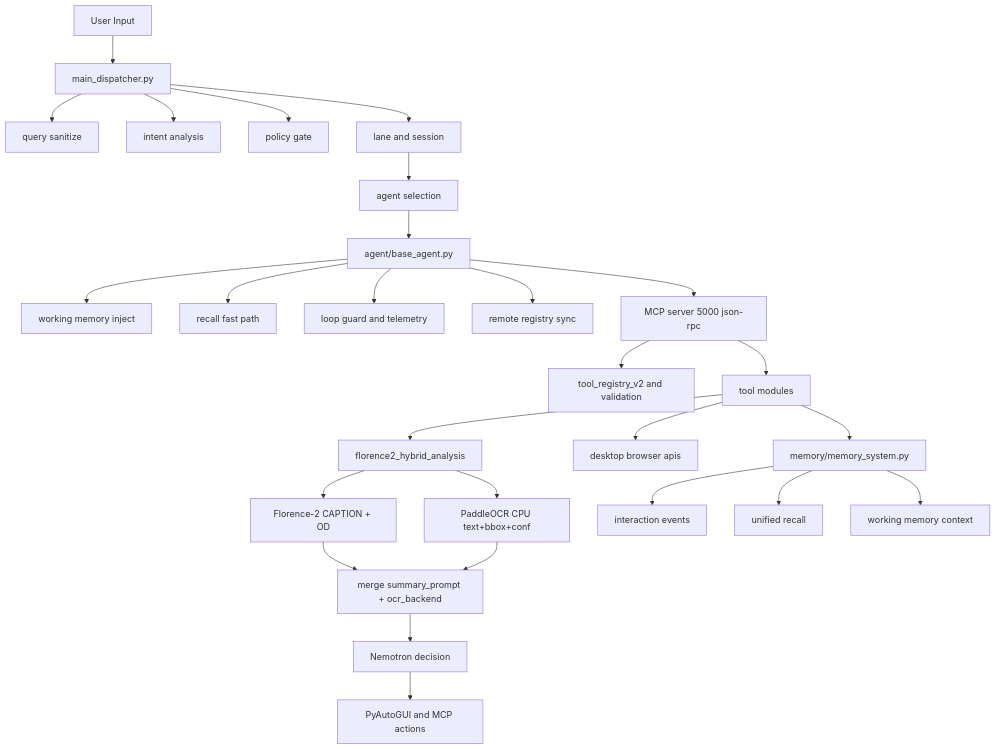
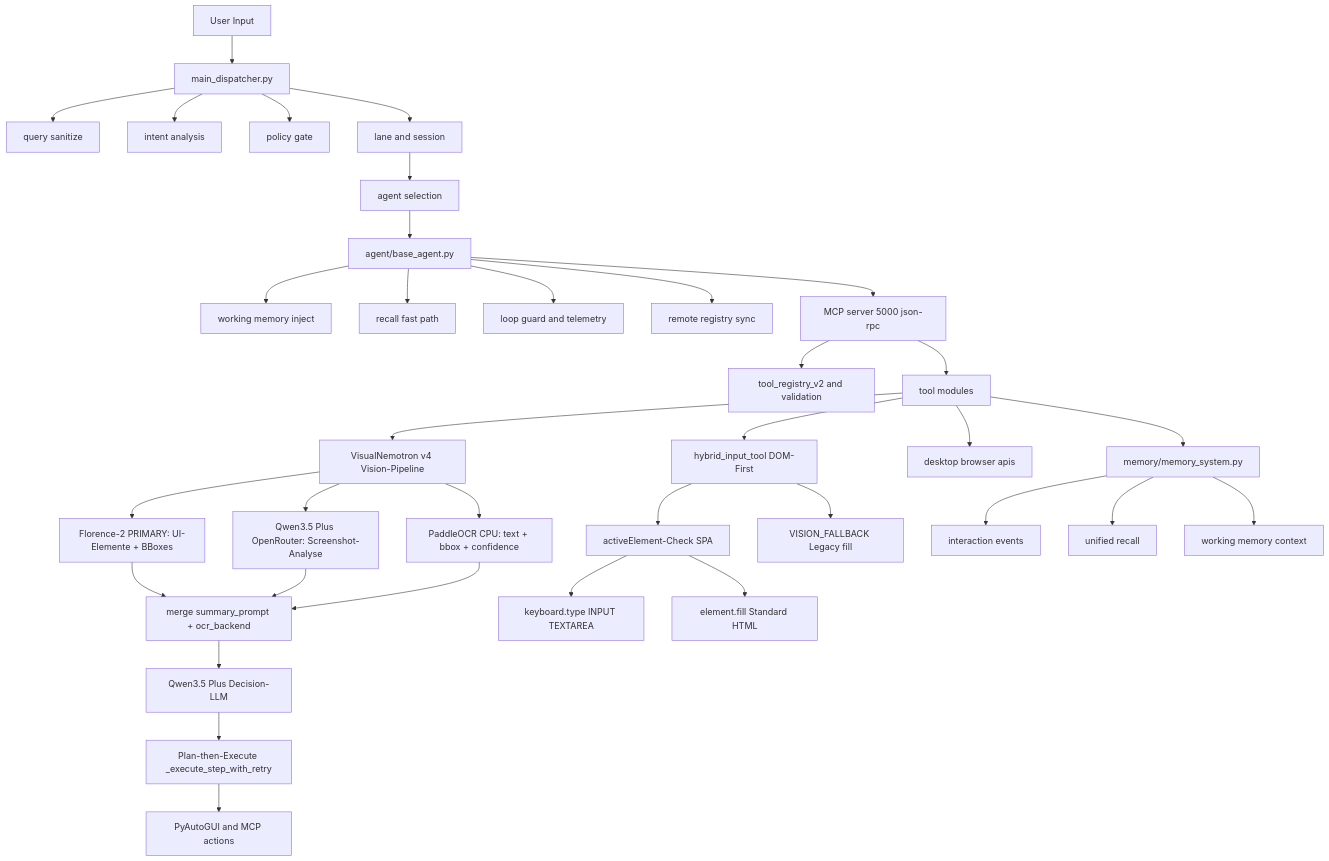
One commit to fatihaltiok/Agentus-Timus changed the diagram in README.md. Above: the diagram before and after it, drawn with Mermaid. The commit also changed other lines of this file, not shown here.

Commit message:
docs(readme): Architektur-Diagramme + hybrid_input_tool aktualisiert
ASCII-Diagramm:
- Browser-Input-Pipeline (hybrid_input_tool) als neuer Zweig ergänzt
  DOM-First → activeElement-Check → keyboard.type / fill → VISION_FALLBACK

Mermaid-Diagramm:
- VisualNemotron v4 Vision-Pipeline vollständig abgebildet
  (Florence-2, Qwen3.5 Plus OpenRouter, PaddleOCR → merge → Qwen3.5 Decision-LLM)
- Plan-then-Execute (_execute_step_with_retry) als eigener Node
- hybrid_input_tool mit activeElement-Check und SPA-Zweig (keyboard.type / fill)
- "Nemotron decision" → "Qwen3.5 Plus Decision-LLM" umbenannt

Tools-Tabelle:
- hybrid_input_tool in "Browser und Navigation" eingetragen

````diff
--- a/README.md
+++ b/README.md
@@ -125,31 +132,42 @@
 ```mermaid
 flowchart TD
     U["User Input"] --> D["main_dispatcher.py"]
     D --> DS["query sanitize"]
     D --> DI["intent analysis"]
     D --> DP["policy gate"]
     D --> DL["lane and session"]
     DL --> A["agent selection"]
 
     A --> B["agent/base_agent.py"]
     B --> BW["working memory inject"]
     B --> BR["recall fast path"]
     B --> BT["loop guard and telemetry"]
     B --> BRG["remote registry sync"]
 
     B --> M["MCP server 5000 json-rpc"]
     M --> TR["tool_registry_v2 and validation"]
     M --> T["tool modules"]
-    T --> FH["florence2_hybrid_analysis"]
-    FH --> FC["Florence-2 CAPTION + OD"]
-    FH --> PO["PaddleOCR CPU text+bbox+conf"]
+
+    T --> FH["VisualNemotron v4 Vision-Pipeline"]
+    FH --> FC["Florence-2 PRIMARY: UI-Elemente + BBoxes"]
+    FH --> QV["Qwen3.5 Plus OpenRouter: Screenshot-Analyse"]
+    FH --> PO["PaddleOCR CPU: text + bbox + confidence"]
     FC --> FM["merge summary_prompt + ocr_backend"]
+    QV --> FM
     PO --> FM
-    FM --> ND["Nemotron decision"]
-    ND --> PA["PyAutoGUI and MCP actions"]
+    FM --> ND["Qwen3.5 Plus Decision-LLM"]
+    ND --> PTE["Plan-then-Execute _execute_step_with_retry"]
+    PTE --> PA["PyAutoGUI and MCP actions"]
+
+    T --> HI["hybrid_input_tool DOM-First"]
+    HI --> AE["activeElement-Check SPA"]
+    AE --> KT["keyboard.type INPUT TEXTAREA"]
+    AE --> EF["element.fill Standard HTML"]
+    HI --> VF["VISION_FALLBACK Legacy fill"]
+
     T --> E["desktop browser apis"]
     T --> MM["memory/memory_system.py"]
     MM --> IE["interaction events"]
     MM --> UR["unified recall"]
     MM --> WM["working memory context"]
 ```
````
